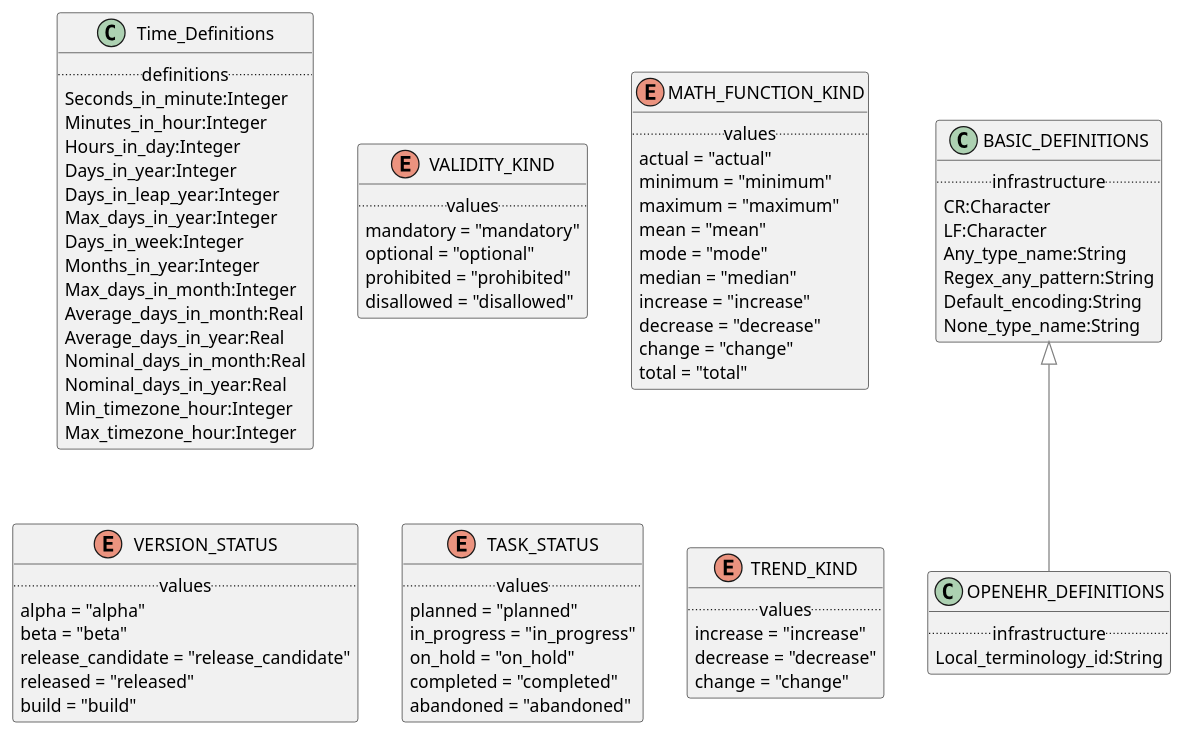
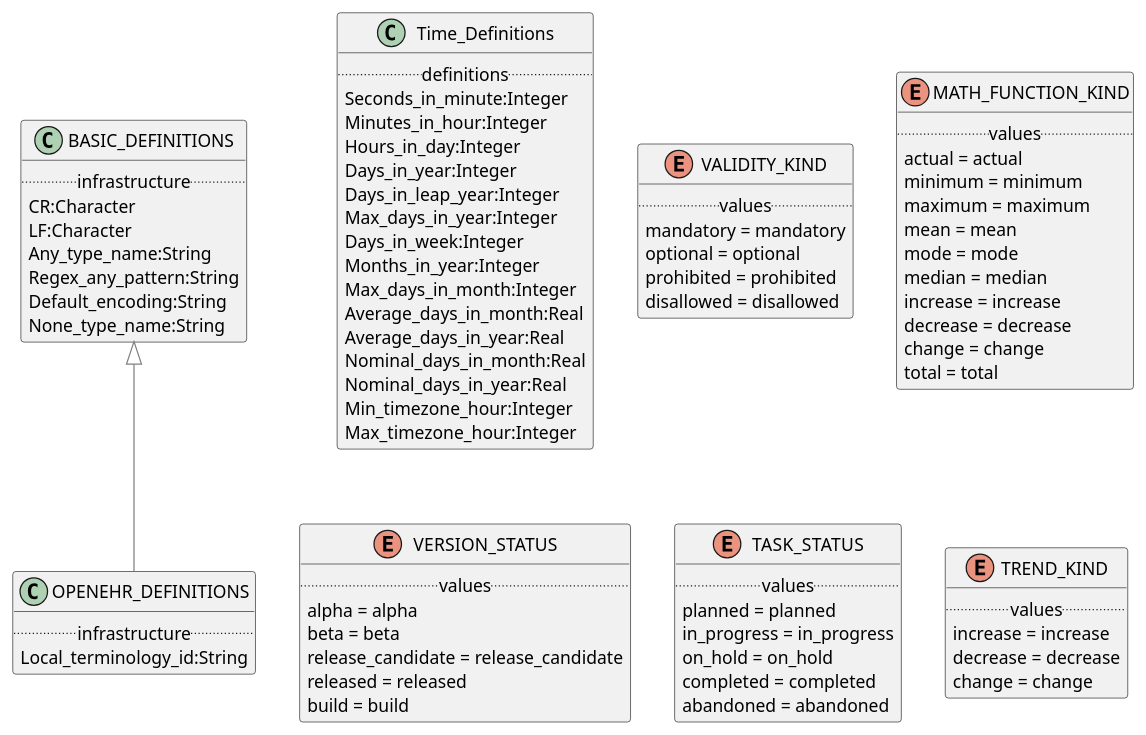
The diagram in modules/ROOT/examples/bmm/representation/definitions/definitions-package-uml.adoc (wolandscat/openehr-doc), drawn with PlantUML before and after one commit. The commit also changed 2355 other files, not shown here.

```diff
--- a/modules/ROOT/examples/bmm/representation/definitions/definitions-package-uml.adoc
+++ b/modules/ROOT/examples/bmm/representation/definitions/definitions-package-uml.adoc
@@ -3,10 +3,10 @@
-[plantuml,opts=interactive]
+[plantuml,opts=interactive,link=self]
 ....
 skinparam groupInheritance 2
 skinparam citedClassColor #FDFDFD
 
 
-class Time_Definitions [[/splashlang-doc/latest/representation/representation-definitions.html#_class_time_definitions]] {
+class Time_Definitions [[/openehr-doc/latest/representation/definitions-gen.html#_class_time_definitions]] {
         .. definitions ..
         Seconds_in_minute:Integer
         Minutes_in_hour:Integer
@@ -25,7 +25,8 @@
         Max_timezone_hour:Integer
 }
 
-class BASIC_DEFINITIONS [[/splashlang-doc/latest/representation/representation-definitions.html#_class_basic_definitions]] {
+
+class BASIC_DEFINITIONS [[/openehr-doc/latest/representation/definitions-gen.html#_class_basic_definitions]] {
         .. infrastructure ..
         CR:Character
         LF:Character
@@ -35,59 +36,60 @@
         None_type_name:String
 }
 
-enum VALIDITY_KIND [[/splashlang-doc/latest/representation/representation-definitions.html#_class_validity_kind]] {
+
+enum VALIDITY_KIND [[/openehr-doc/latest/representation/definitions-gen.html#_class_validity_kind]] {
         .. values ..
-        mandatory = "mandatory"
-        optional = "optional"
-        prohibited = "prohibited"
-        disallowed = "disallowed"
+        mandatory = mandatory
+        optional = optional
+        prohibited = prohibited
+        disallowed = disallowed
 }
 
-enum MATH_FUNCTION_KIND [[/splashlang-doc/latest/representation/representation-definitions.html#_class_math_function_kind]] {
+enum MATH_FUNCTION_KIND [[/openehr-doc/latest/representation/definitions-gen.html#_class_math_function_kind]] {
         .. values ..
-        actual = "actual"
-        minimum = "minimum"
-        maximum = "maximum"
-        mean = "mean"
-        mode = "mode"
-        median = "median"
-        increase = "increase"
-        decrease = "decrease"
-        change = "change"
-        total = "total"
+        actual = actual
+        minimum = minimum
+        maximum = maximum
+        mean = mean
+        mode = mode
+        median = median
+        increase = increase
+        decrease = decrease
+        change = change
+        total = total
 }
 
-enum VERSION_STATUS [[/splashlang-doc/latest/representation/representation-definitions.html#_class_version_status]] {
+enum VERSION_STATUS [[/openehr-doc/latest/representation/definitions-gen.html#_class_version_status]] {
         .. values ..
-        alpha = "alpha"
-        beta = "beta"
-        release_candidate = "release_candidate"
-        released = "released"
-        build = "build"
+        alpha = alpha
+        beta = beta
+        release_candidate = release_candidate
+        released = released
+        build = build
 }
 
-enum TASK_STATUS [[/splashlang-doc/latest/representation/representation-definitions.html#_class_task_status]] {
+enum TASK_STATUS [[/openehr-doc/latest/representation/definitions-gen.html#_class_task_status]] {
         .. values ..
-        planned = "planned"
-        in_progress = "in_progress"
-        on_hold = "on_hold"
-        completed = "completed"
-        abandoned = "abandoned"
+        planned = planned
+        in_progress = in_progress
+        on_hold = on_hold
+        completed = completed
+        abandoned = abandoned
 }
 
-class OPENEHR_DEFINITIONS [[/splashlang-doc/latest/representation/representation-definitions.html#_class_openehr_definitions]] {
+class OPENEHR_DEFINITIONS [[/openehr-doc/latest/representation/definitions-gen.html#_class_openehr_definitions]] {
         .. infrastructure ..
         Local_terminology_id:String
 }
 
-BASIC_DEFINITIONS <|-[#gray]- OPENEHR_DEFINITIONS
+OPENEHR_DEFINITIONS -[#gray]up-|> BASIC_DEFINITIONS  
 
 
-enum TREND_KIND [[/splashlang-doc/latest/representation/representation-definitions.html#_class_trend_kind]] {
+enum TREND_KIND [[/openehr-doc/latest/representation/definitions-gen.html#_class_trend_kind]] {
         .. values ..
-        increase = "increase"
-        decrease = "decrease"
-        change = "change"
+        increase = increase
+        decrease = decrease
+        change = change
 }
 
 ....
```
